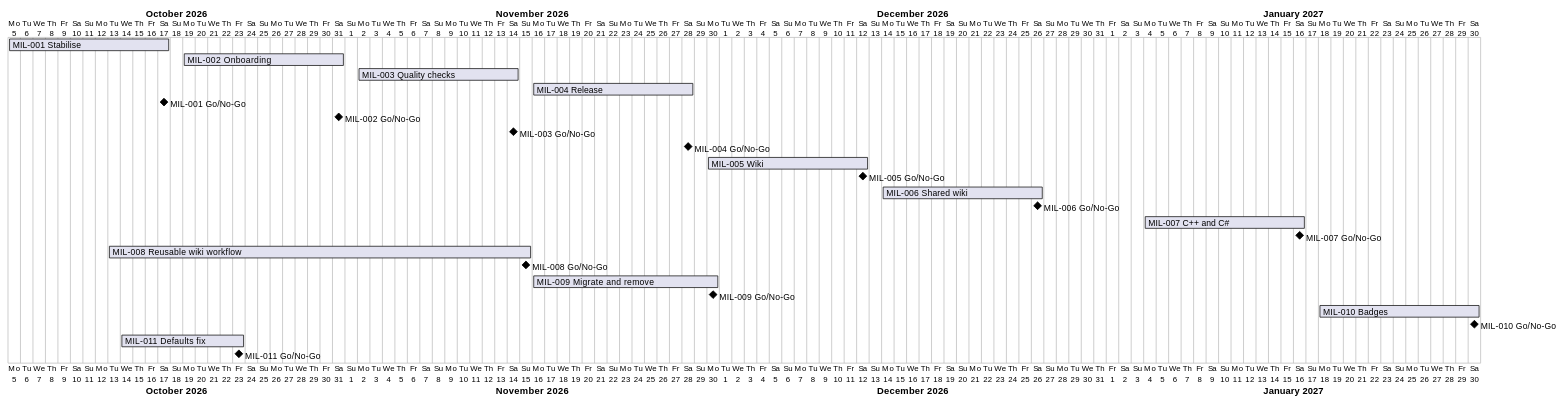
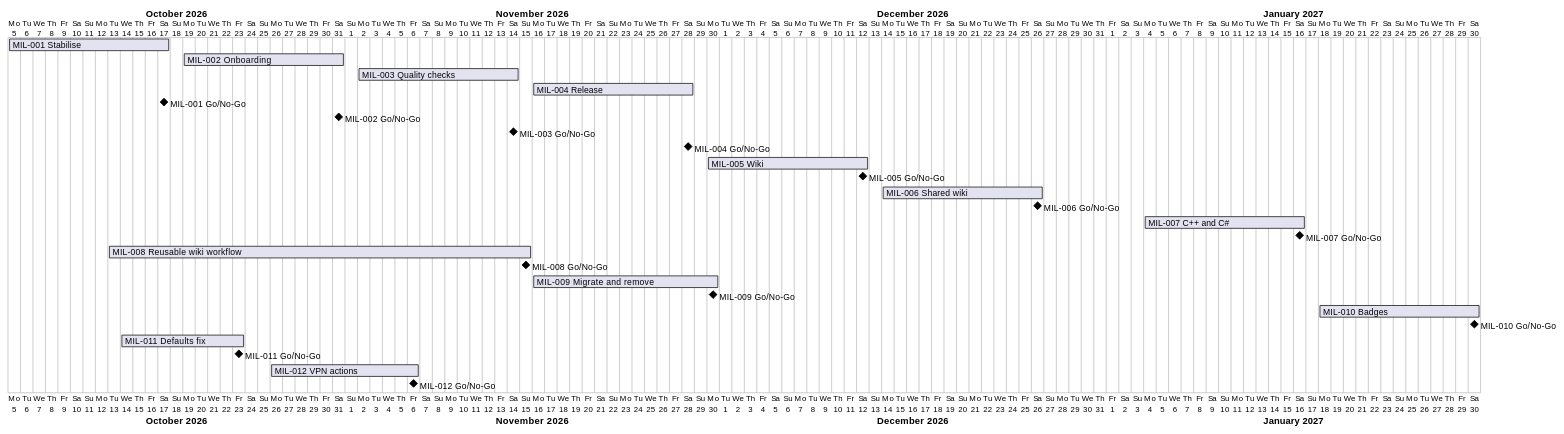
One commit to TirSystem/git-workflows changed the diagram in docs/project-plan.md. Above: the diagram before and after it, drawn with PlantUML. The commit also changed other lines of this file and 6 other files, not shown here.

First line of the commit message:
Plan MIL-012: VPN actions for deployment (WireGuard and Tailscale)

````diff
--- a/docs/project-plan.md
+++ b/docs/project-plan.md
@@ -45,27 +47,29 @@
 ```plantuml
 @startgantt
 Project starts 2026-10-05
 [MIL-001 Stabilise] starts 2026-10-05 and ends 2026-10-17
 [MIL-002 Onboarding] starts 2026-10-19 and ends 2026-10-31
 [MIL-003 Quality checks] starts 2026-11-02 and ends 2026-11-14
 [MIL-004 Release] starts 2026-11-16 and ends 2026-11-28
 [MIL-001 Go/No-Go] happens 2026-10-17
 [MIL-002 Go/No-Go] happens 2026-10-31
 [MIL-003 Go/No-Go] happens 2026-11-14
 [MIL-004 Go/No-Go] happens 2026-11-28
 [MIL-005 Wiki] starts 2026-11-30 and ends 2026-12-12
 [MIL-005 Go/No-Go] happens 2026-12-12
 [MIL-006 Shared wiki] starts 2026-12-14 and ends 2026-12-26
 [MIL-006 Go/No-Go] happens 2026-12-26
 [MIL-007 C++ and C#] starts 2027-01-04 and ends 2027-01-16
 [MIL-007 Go/No-Go] happens 2027-01-16
 [MIL-008 Reusable wiki workflow] starts 2026-10-13 and ends 2026-11-15
 [MIL-008 Go/No-Go] happens 2026-11-15
 [MIL-009 Migrate and remove] starts 2026-11-16 and ends 2026-11-30
 [MIL-009 Go/No-Go] happens 2026-11-30
 [MIL-010 Badges] starts 2027-01-18 and ends 2027-01-30
 [MIL-010 Go/No-Go] happens 2027-01-30
 [MIL-011 Defaults fix] starts 2026-10-14 and ends 2026-10-23
 [MIL-011 Go/No-Go] happens 2026-10-23
+[MIL-012 VPN actions] starts 2026-10-26 and ends 2026-11-06
+[MIL-012 Go/No-Go] happens 2026-11-06
 @endgantt
 ```
````
